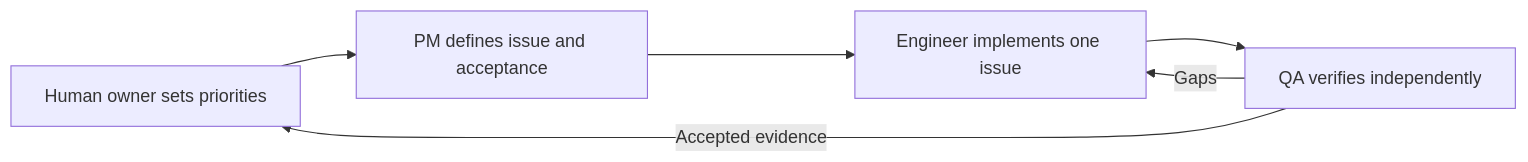
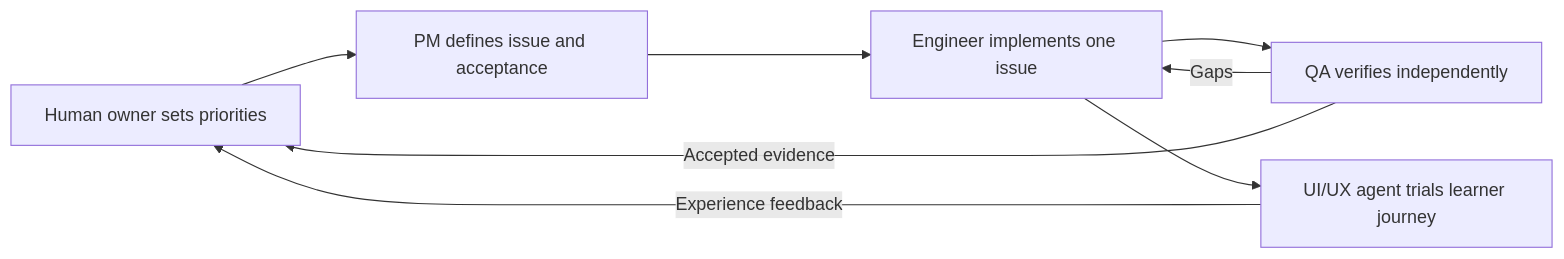
One commit to IslamOuda85/Contexer-AI_Dev_Tools_Zoomcamp changed the diagram in docs/agent-team.md. Above: the diagram before and after it, drawn with Mermaid. The commit also changed other lines of this file and 16 other files, not shown here.

````diff
--- a/docs/agent-team.md
+++ b/docs/agent-team.md
@@ -21,8 +25,10 @@
 ```mermaid
 flowchart LR
     Owner[Human owner sets priorities] --> PM[PM defines issue and acceptance]
     PM --> Engineer[Engineer implements one issue]
     Engineer --> QA[QA verifies independently]
+    Engineer --> UX[UI/UX agent trials learner journey]
     QA -- Gaps --> Engineer
     QA -- Accepted evidence --> Owner
+    UX -- Experience feedback --> Owner
 ```
````
